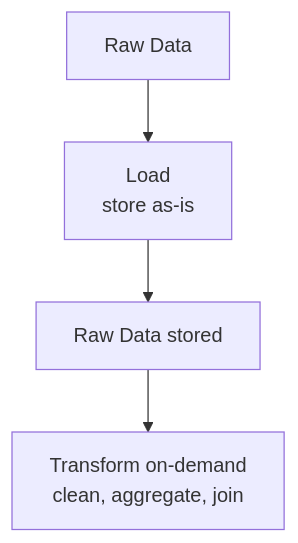
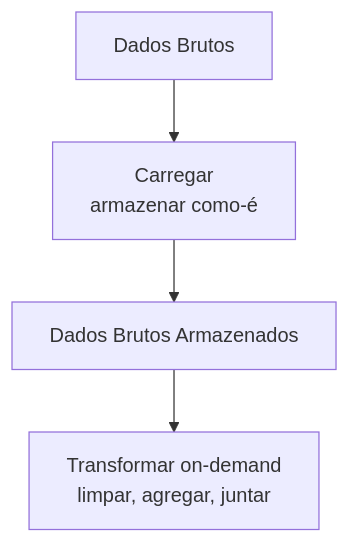
The seventh of 7 diagrams in docs/concepts/data-engineering.md (Quantilica/docs), drawn with Mermaid before and after one commit. The commit also changed other lines of this file and 31 other files, not shown here.

````diff
--- a/docs/concepts/data-engineering.md
+++ b/docs/concepts/data-engineering.md
@@ -91,6 +91,6 @@
 ```mermaid
 graph TD
-    A[Raw Data] --> B[Load <br/> store as-is]
-    B --> C[Raw Data stored]
-    C --> D[Transform on-demand <br/> clean, aggregate, join]
+    A[Dados Brutos] --> B[Carregar <br/> armazenar como-é]
+    B --> C[Dados Brutos Armazenados]
+    C --> D[Transformar on-demand <br/> limpar, agregar, juntar]
 ```
````
